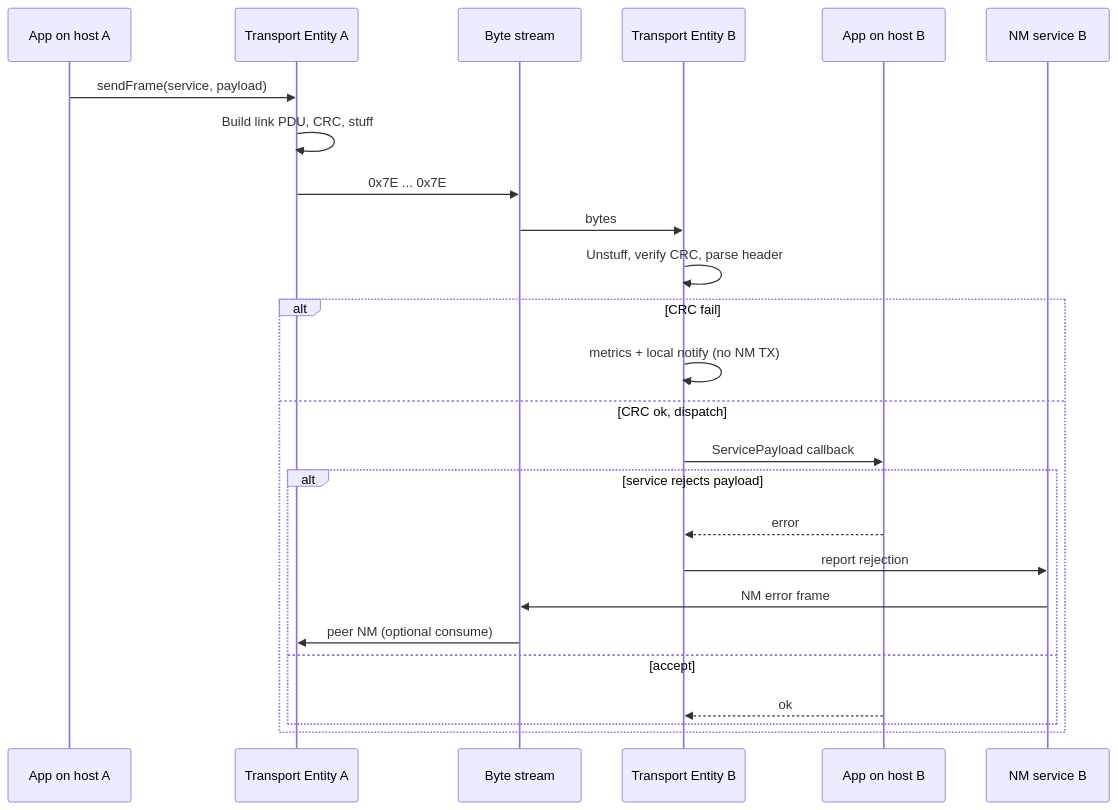
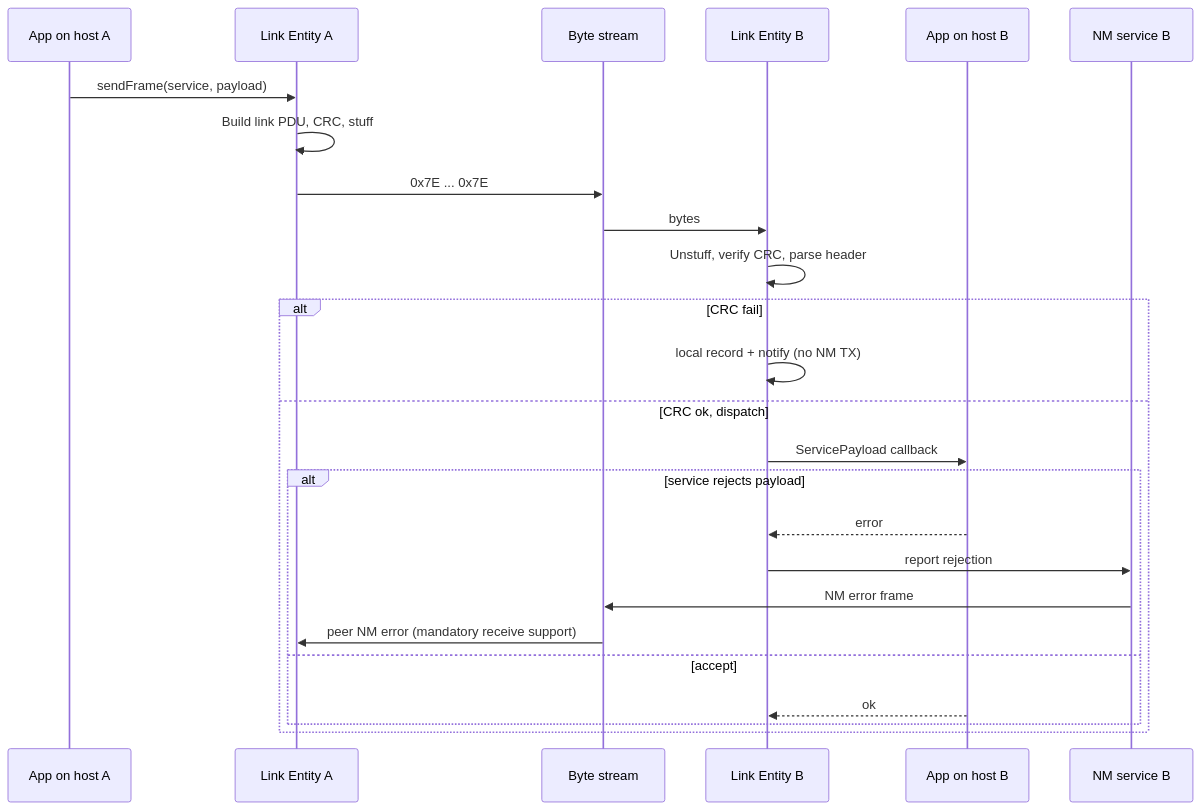
One commit to ofdouglas/tinkering changed the second of 2 diagrams in Firmware/hdlc/design.md. Above: the diagram before and after it, drawn with Mermaid. The commit also changed other lines of this file, not shown here.

````diff
--- a/Firmware/hdlc/design.md
+++ b/Firmware/hdlc/design.md
@@ -336,28 +311,28 @@
 ```mermaid
 sequenceDiagram
   participant AppA as App on host A
-  participant TEA as Transport Entity A
+  participant TEA as Link Entity A
   participant Wire as Byte stream
-  participant TEB as Transport Entity B
+  participant TEB as Link Entity B
   participant AppB as App on host B
   participant NMB as NM service B
 
   AppA->>TEA: sendFrame(service, payload)
   TEA->>TEA: Build link PDU, CRC, stuff
   TEA->>Wire: 0x7E ... 0x7E
   Wire->>TEB: bytes
   TEB->>TEB: Unstuff, verify CRC, parse header
   alt CRC fail
-    TEB->>TEB: metrics + local notify (no NM TX)
+    TEB->>TEB: local record + notify (no NM TX)
   else CRC ok, dispatch
     TEB->>AppB: ServicePayload callback
     alt service rejects payload
       AppB-->>TEB: error
       TEB->>NMB: report rejection
       NMB->>Wire: NM error frame
-      Wire->>TEA: peer NM (optional consume)
+      Wire->>TEA: peer NM error (mandatory receive support)
     else accept
       AppB-->>TEB: ok
     end
   end
 ```
````
